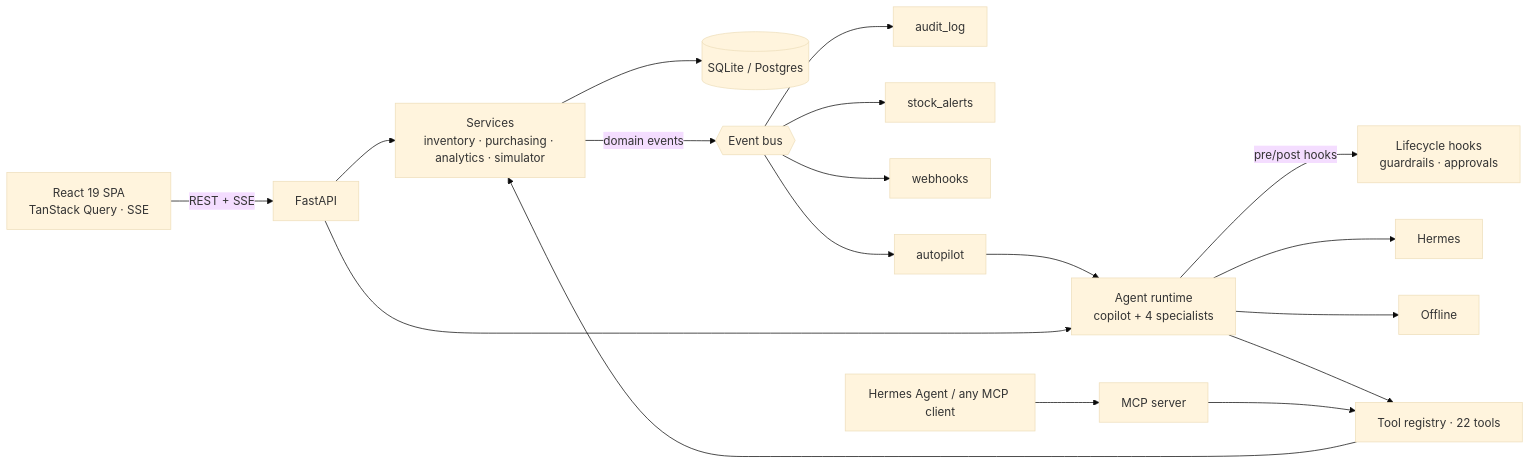
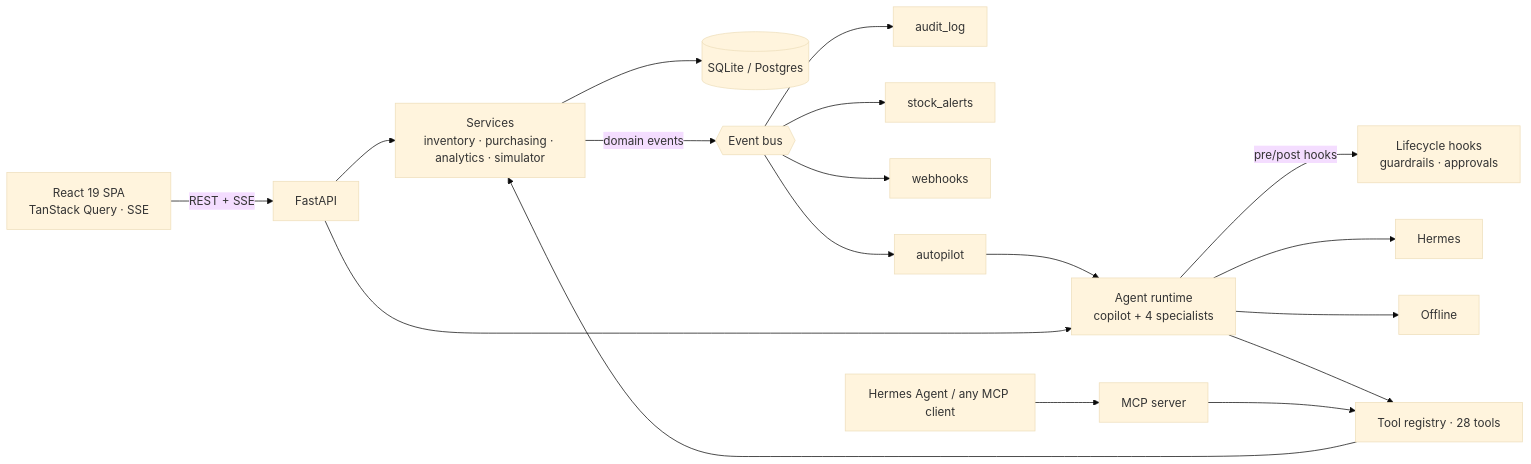
The diagram in README.md (parthkansal823/IntelliInventory), drawn with Mermaid (base theme) before and after one commit. The commit also changed other lines of this file and 33 other files, not shown here.

````diff
--- a/README.md
+++ b/README.md
@@ -146,16 +186,16 @@
 ```mermaid
 flowchart LR
   UI[React 19 SPA<br/>TanStack Query · SSE] -->|REST + SSE| API[FastAPI]
   API --> SVC[Services<br/>inventory · purchasing · analytics · simulator]
   SVC --> DB[(SQLite / Postgres)]
   SVC -->|domain events| BUS{{Event bus}}
   BUS --> H1[audit_log] & H2[stock_alerts] & H3[webhooks] & H4[autopilot]
   H4 --> RT
   API --> RT[Agent runtime<br/>copilot + 4 specialists]
   RT -->|pre/post hooks| HK[Lifecycle hooks<br/>guardrails · approvals]
   RT --> P1[Hermes] & P3[Offline]
-  RT --> TOOLS[Tool registry · 22 tools]
+  RT --> TOOLS[Tool registry · 28 tools]
   MCP[MCP server] --> TOOLS
   HERMES[Hermes Agent / any MCP client] --> MCP
   TOOLS --> SVC
 ```
````
